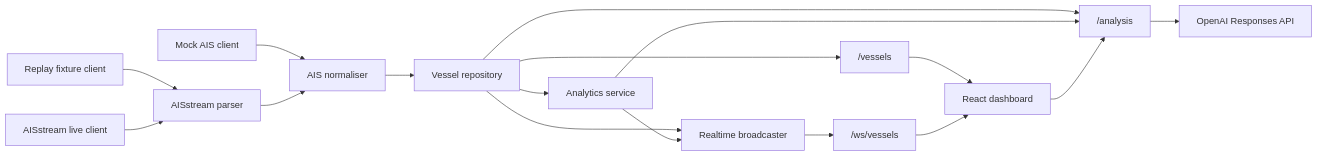
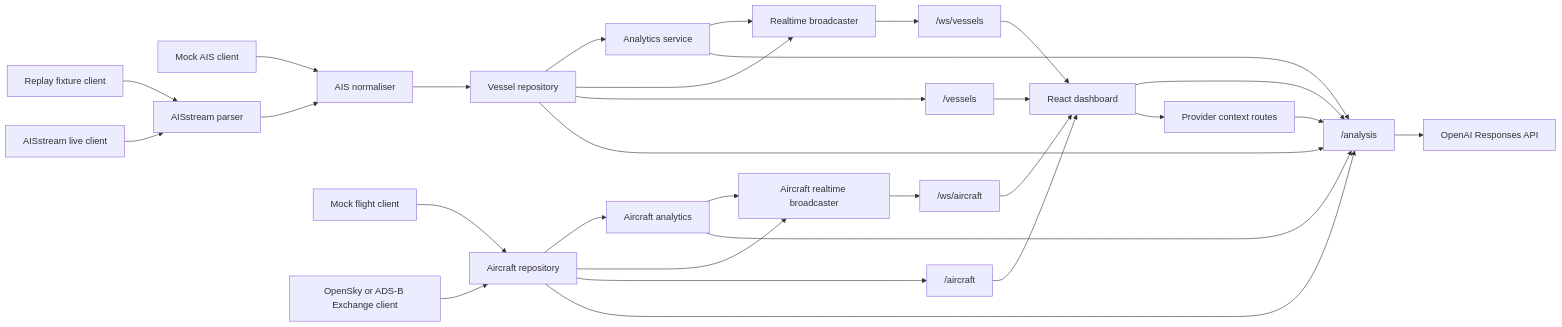
One commit to ShabalalaWATP/SentinelFusion changed the diagram in docs/ARCHITECTURE.md. Above: the diagram before and after it, drawn with Mermaid. The commit also changed other lines of this file and 12 other files, not shown here.

````diff
--- a/docs/ARCHITECTURE.md
+++ b/docs/ARCHITECTURE.md
@@ -54,19 +72,32 @@
 ```mermaid
 flowchart LR
   MockAIS["Mock AIS client"] --> Normaliser["AIS normaliser"]
   ReplayAIS["Replay fixture client"] --> Parser["AISstream parser"]
   LiveAIS["AISstream live client"] --> Parser
+  MockFlight["Mock flight client"] --> AircraftRepo["Aircraft repository"]
+  LiveFlight["OpenSky or ADS-B Exchange client"] --> AircraftRepo
   Parser --> Normaliser
   Normaliser --> Repository["Vessel repository"]
   Repository --> Analytics["Analytics service"]
   Repository --> Broadcaster["Realtime broadcaster"]
   Analytics --> Broadcaster
   Broadcaster --> WebSocket["/ws/vessels"]
+  AircraftRepo --> AircraftAnalytics["Aircraft analytics"]
+  AircraftRepo --> AircraftBroadcaster["Aircraft realtime broadcaster"]
+  AircraftAnalytics --> AircraftBroadcaster
+  AircraftBroadcaster --> FlightWebSocket["/ws/aircraft"]
   Repository --> API["/vessels"]
+  AircraftRepo --> AircraftAPI["/aircraft"]
   Repository --> Analysis["/analysis"]
+  AircraftRepo --> Analysis
   Analytics --> Analysis
+  AircraftAnalytics --> Analysis
+  Context["Provider context routes"] --> Analysis
   Analysis --> OpenAI["OpenAI Responses API"]
   API --> Web["React dashboard"]
+  AircraftAPI --> Web
   WebSocket --> Web
+  FlightWebSocket --> Web
   Web --> Analysis
+  Web --> Context
 ```
````
